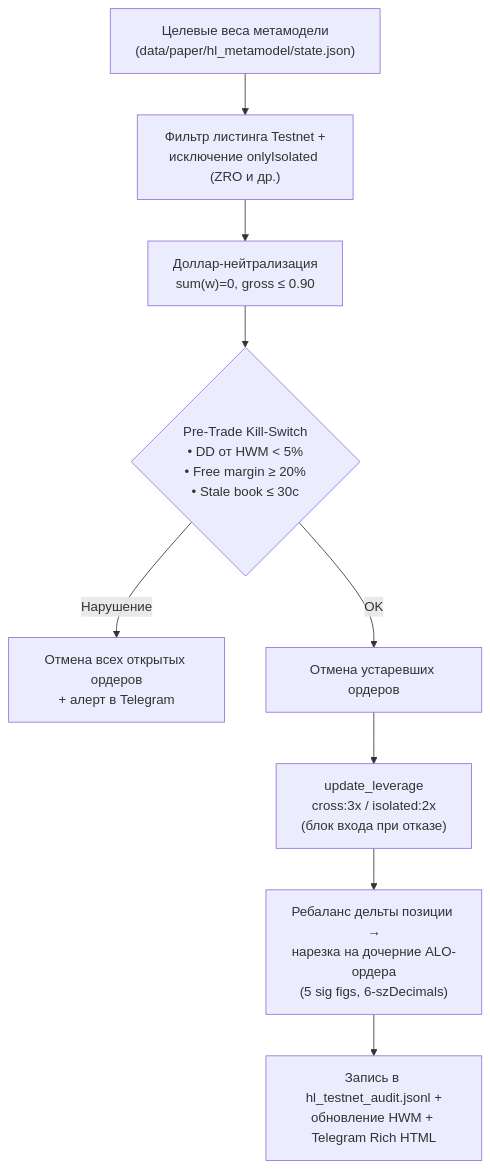
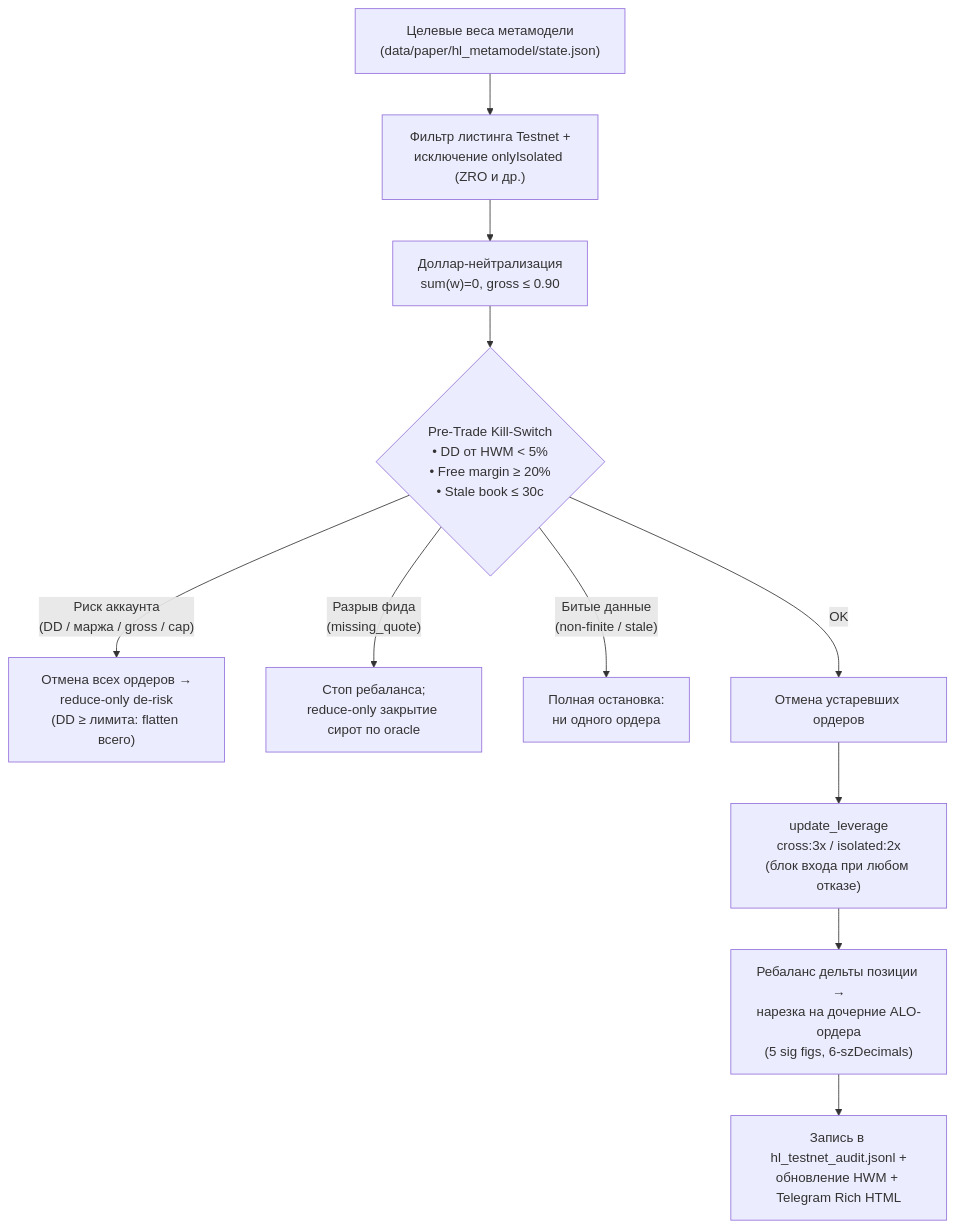
Before and after one commit to KonstantinRogozhkin/hyperliquid-quant-defi: the diagram in docs/wiki/Hyperliquid-Testnet-Execution-and-Attribution.md, drawn with Mermaid. The commit also changed other lines of this file and 18 other files, not shown here.

````diff
--- a/docs/wiki/Hyperliquid-Testnet-Execution-and-Attribution.md
+++ b/docs/wiki/Hyperliquid-Testnet-Execution-and-Attribution.md
@@ -11,11 +11,13 @@
 ```mermaid
 flowchart TD
     STATE["Целевые веса метамодели<br/>(data/paper/hl_metamodel/state.json)"] --> FILT["Фильтр листинга Testnet +<br/>исключение onlyIsolated (ZRO и др.)"]
     FILT --> NEUT["Доллар-нейтрализация<br/>sum(w)=0, gross ≤ 0.90"]
     NEUT --> KS{"Pre-Trade Kill-Switch<br/>• DD от HWM < 5%<br/>• Free margin ≥ 20%<br/>• Stale book ≤ 30с"}
-    KS -->|"Нарушение"| HALT["Отмена всех открытых ордеров<br/>+ алерт в Telegram"]
+    KS -->|"Риск аккаунта<br/>(DD / маржа / gross / cap)"| DERISK["Отмена всех ордеров →<br/>reduce-only de-risk<br/>(DD ≥ лимита: flatten всего)"]
+    KS -->|"Разрыв фида<br/>(missing_quote)"| GAP["Стоп ребаланса;<br/>reduce-only закрытие сирот по oracle"]
+    KS -->|"Битые данные<br/>(non-finite / stale)"| HALT["Полная остановка:<br/>ни одного ордера"]
     KS -->|"OK"| CANCEL["Отмена устаревших ордеров"]
-    CANCEL --> LEV["update_leverage<br/>cross:3x / isolated:2x<br/>(блок входа при отказе)"]
+    CANCEL --> LEV["update_leverage<br/>cross:3x / isolated:2x<br/>(блок входа при любом отказе)"]
     LEV --> SLICE["Ребаланс дельты позиции →<br/>нарезка на дочерние ALO-ордера<br/>(5 sig figs, 6-szDecimals)"]
     SLICE --> AUDIT["Запись в hl_testnet_audit.jsonl +<br/>обновление HWM + Telegram Rich HTML"]
 ```
````
